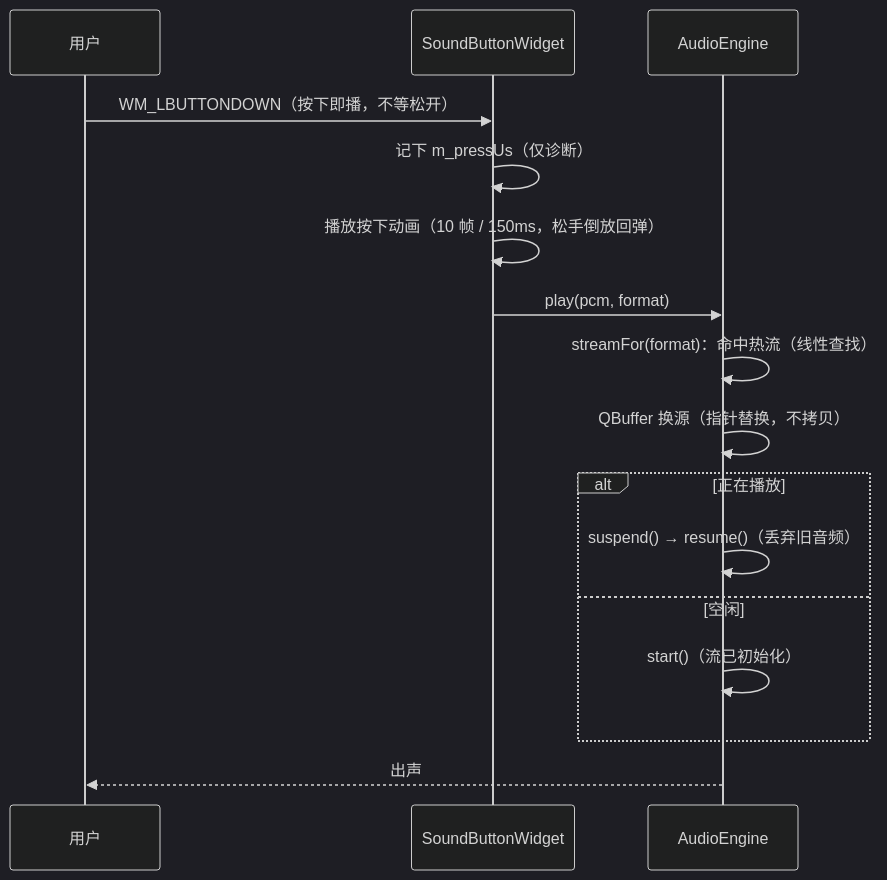
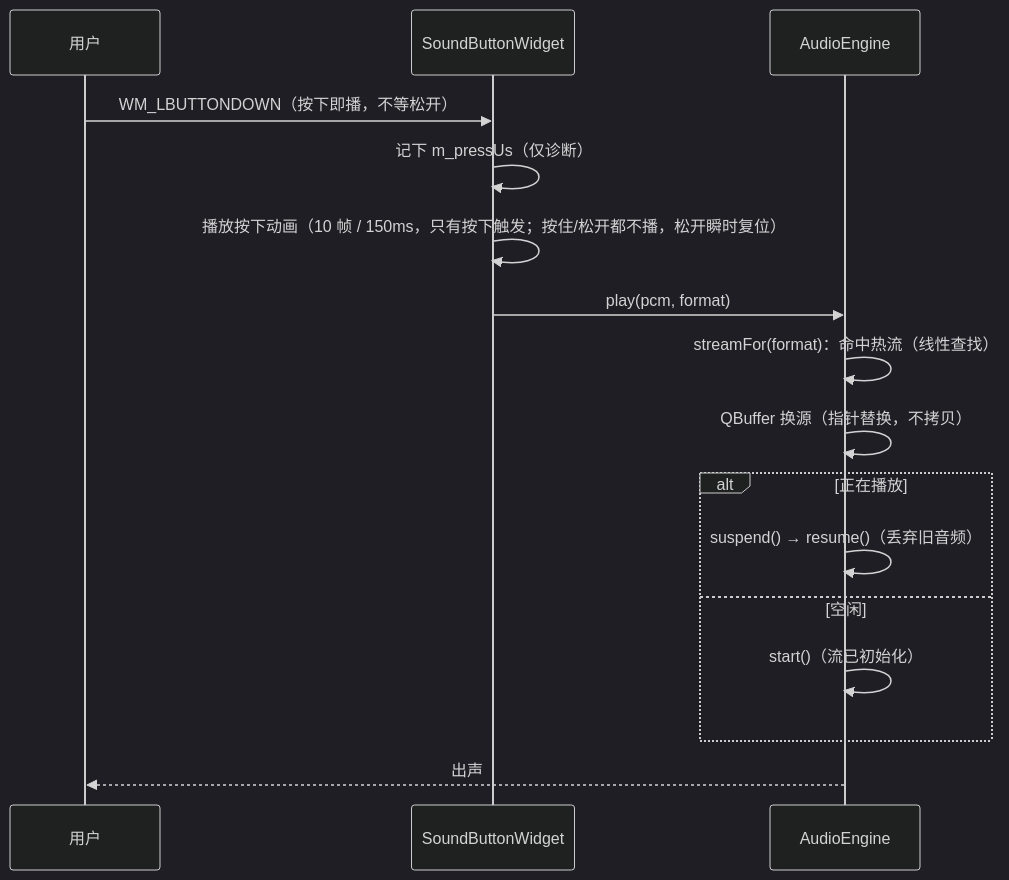
The third of 3 diagrams in ARCHITECTURE.md (Huy4z/sound-button), drawn with Mermaid (dark theme) before and after one commit. The commit also changed other lines of this file and 5 other files, not shown here.

````diff
--- a/ARCHITECTURE.md
+++ b/ARCHITECTURE.md
@@ -110,18 +110,18 @@
 ```mermaid
 sequenceDiagram
     participant U as 用户
     participant W as SoundButtonWidget
     participant A as AudioEngine
     U->>W: WM_LBUTTONDOWN（按下即播，不等松开）
     W->>W: 记下 m_pressUs（仅诊断）
-    W->>W: 播放按下动画（10 帧 / 150ms，松手倒放回弹）
+    W->>W: 播放按下动画（10 帧 / 150ms，只有按下触发；按住/松开都不播，松开瞬时复位）
     W->>A: play(pcm, format)
     A->>A: streamFor(format)：命中热流（线性查找）
     A->>A: QBuffer 换源（指针替换，不拷贝）
     alt 正在播放
         A->>A: suspend() → resume()（丢弃旧音频）
     else 空闲
         A->>A: start()（流已初始化）
     end
     A-->>U: 出声
 ```
````
